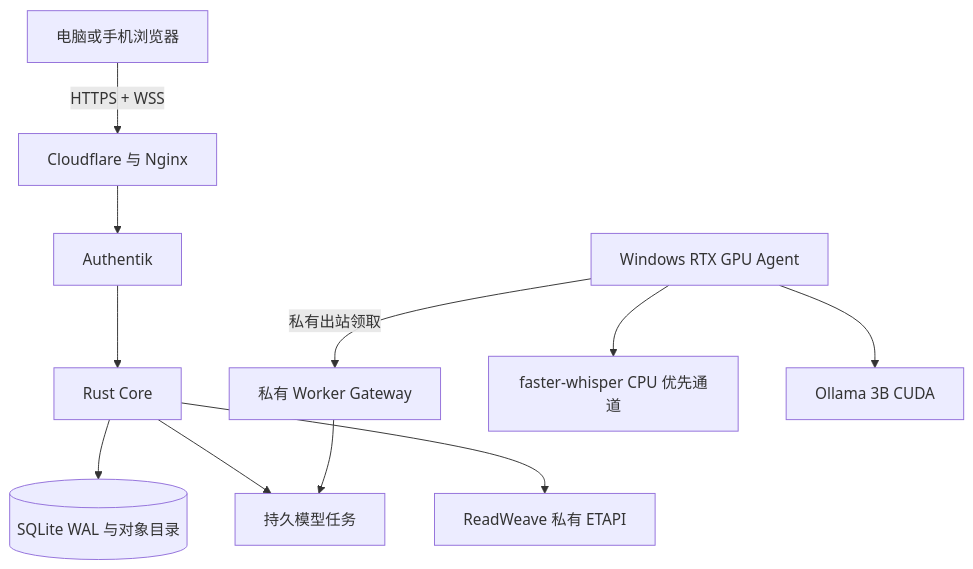
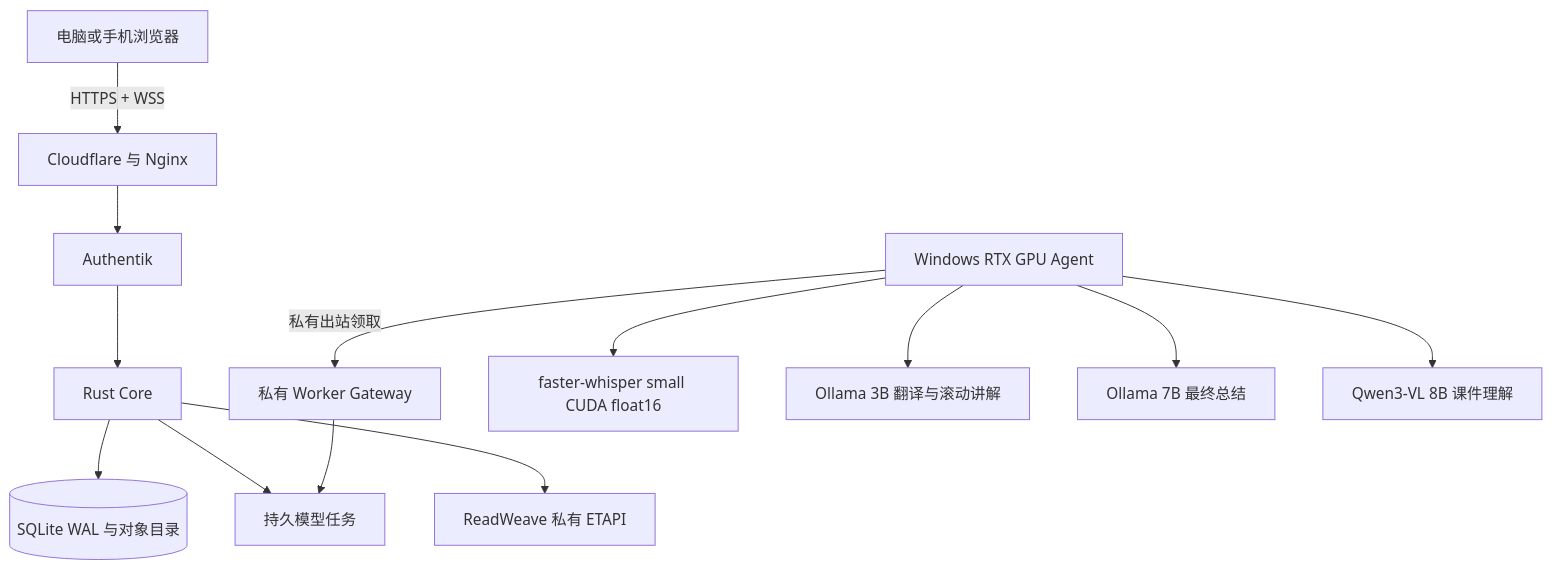
One commit to AIALRA-0/AIALRA-LIVE-TRANSLATE changed the diagram in deploy/README.md. Above: the diagram before and after it, drawn with Mermaid. The commit also changed other lines of this file and 57 other files, not shown here.

````diff
--- a/deploy/README.md
+++ b/deploy/README.md
@@ -9,13 +9,15 @@
 ```mermaid
 flowchart TD
   Browser[电脑或手机浏览器] -->|HTTPS + WSS| Edge[Cloudflare 与 Nginx]
   Edge --> Auth[Authentik]
   Auth --> Core[Rust Core]
   Core --> Data[(SQLite WAL 与对象目录)]
   Core --> Queue[持久模型任务]
   Core --> Notes[ReadWeave 私有 ETAPI]
   Agent[Windows RTX GPU Agent] -->|私有出站领取| Gateway[私有 Worker Gateway]
   Gateway --> Queue
-  Agent --> ASR[faster-whisper CPU 优先通道]
-  Agent --> LLM[Ollama 3B CUDA]
+  Agent --> ASR[faster-whisper small CUDA float16]
+  Agent --> LLM[Ollama 3B 翻译与滚动讲解]
+  Agent --> Summary[Ollama 7B 最终总结]
+  Agent --> VLM[Qwen3-VL 8B 课件理解]
 ```
````
